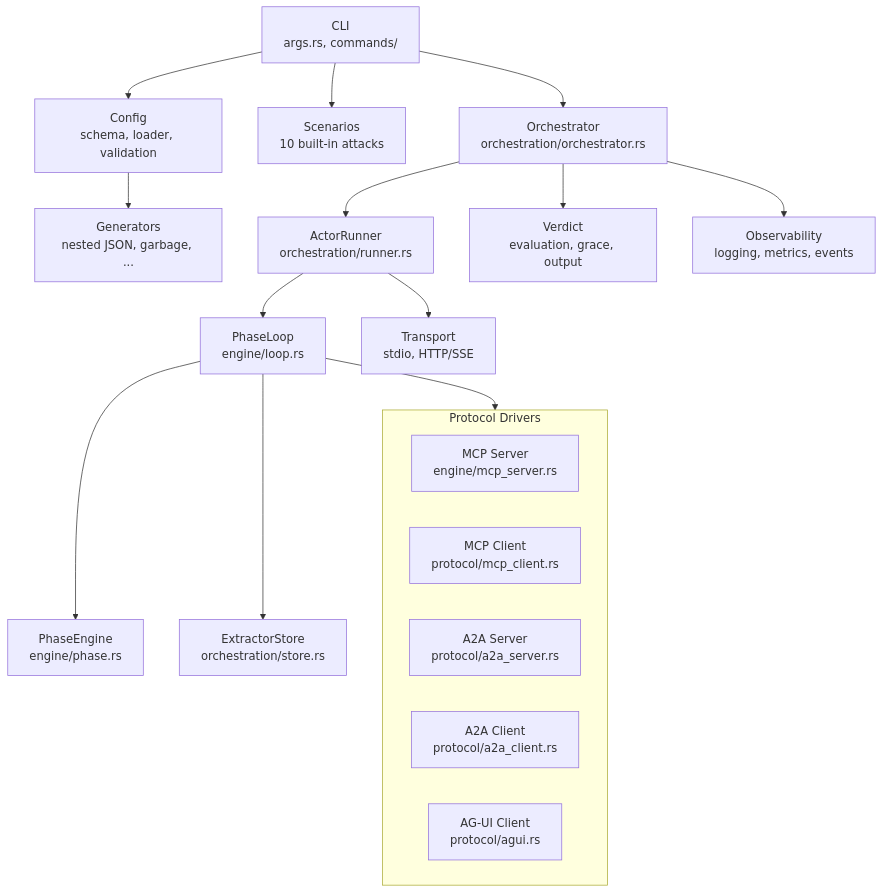
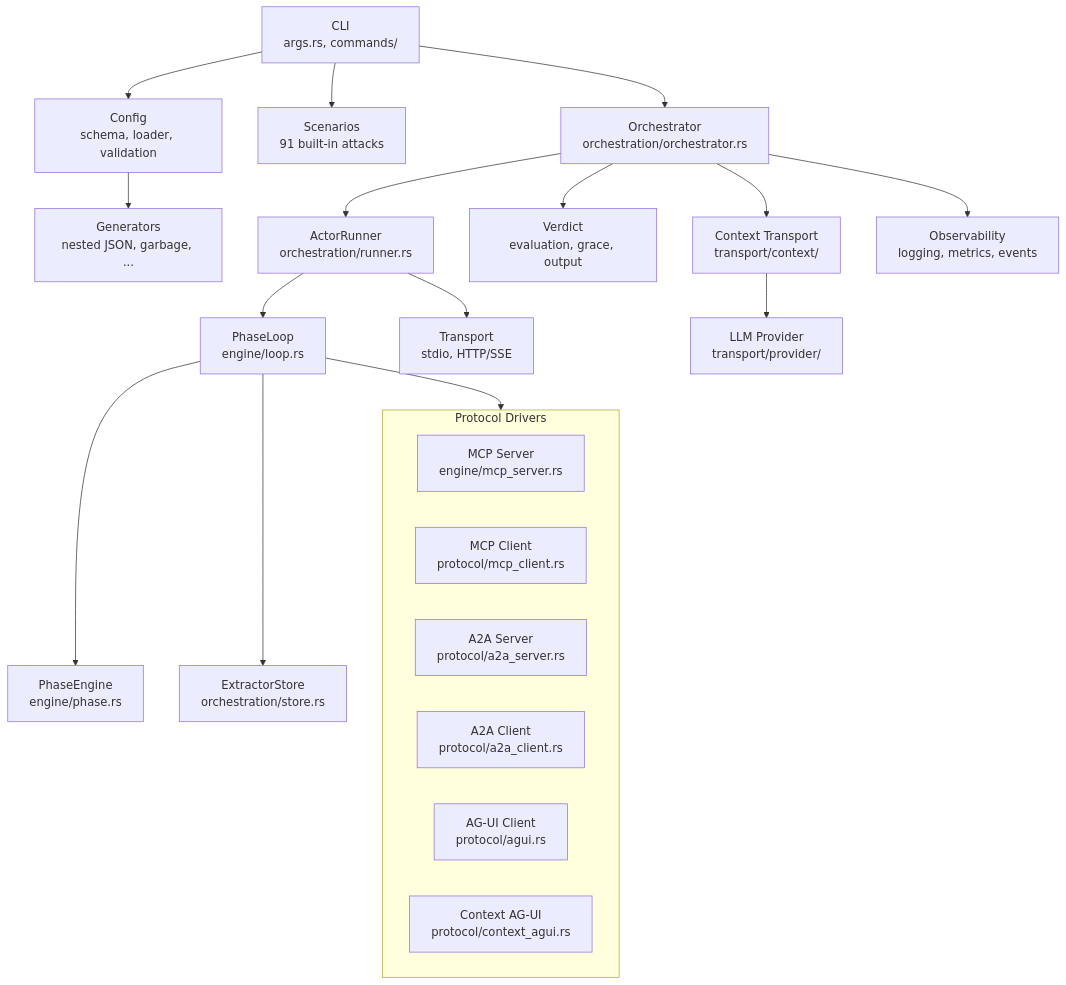
One commit to thoughtgate/thoughtjack changed the first of 2 diagrams in docs-site/docs/explanation/architecture.mdx. Above: the diagram before and after it, drawn with Mermaid. The commit also changed other lines of this file and 18 other files, not shown here.

````diff
--- a/docs-site/docs/explanation/architecture.mdx
+++ b/docs-site/docs/explanation/architecture.mdx
@@ -13,22 +13,25 @@
 ```mermaid
 graph TD
     CLI[CLI<br/>args.rs, commands/] --> Config[Config<br/>schema, loader, validation]
-    CLI --> Scenarios[Scenarios<br/>10 built-in attacks]
+    CLI --> Scenarios[Scenarios<br/>91 built-in attacks]
     CLI --> Orchestrator[Orchestrator<br/>orchestration/orchestrator.rs]
     Orchestrator --> ActorRunner[ActorRunner<br/>orchestration/runner.rs]
     ActorRunner --> PhaseLoop[PhaseLoop<br/>engine/loop.rs]
     PhaseLoop --> PhaseEngine[PhaseEngine<br/>engine/phase.rs]
     PhaseLoop --> Drivers
     subgraph Drivers[Protocol Drivers]
         MCP_S[MCP Server<br/>engine/mcp_server.rs]
         MCP_C[MCP Client<br/>protocol/mcp_client.rs]
         A2A_S[A2A Server<br/>protocol/a2a_server.rs]
         A2A_C[A2A Client<br/>protocol/a2a_client.rs]
         AGUI[AG-UI Client<br/>protocol/agui.rs]
+        CTX_AGUI[Context AG-UI<br/>protocol/context_agui.rs]
     end
     PhaseLoop --> ExtractorStore[ExtractorStore<br/>orchestration/store.rs]
     Orchestrator --> Verdict[Verdict<br/>evaluation, grace, output]
     Config --> Generator[Generators<br/>nested JSON, garbage, ...]
     ActorRunner --> Transport[Transport<br/>stdio, HTTP/SSE]
+    Orchestrator --> ContextTransport[Context Transport<br/>transport/context/]
+    ContextTransport --> Provider[LLM Provider<br/>transport/provider/]
     Orchestrator --> Observability[Observability<br/>logging, metrics, events]
 ```
````
